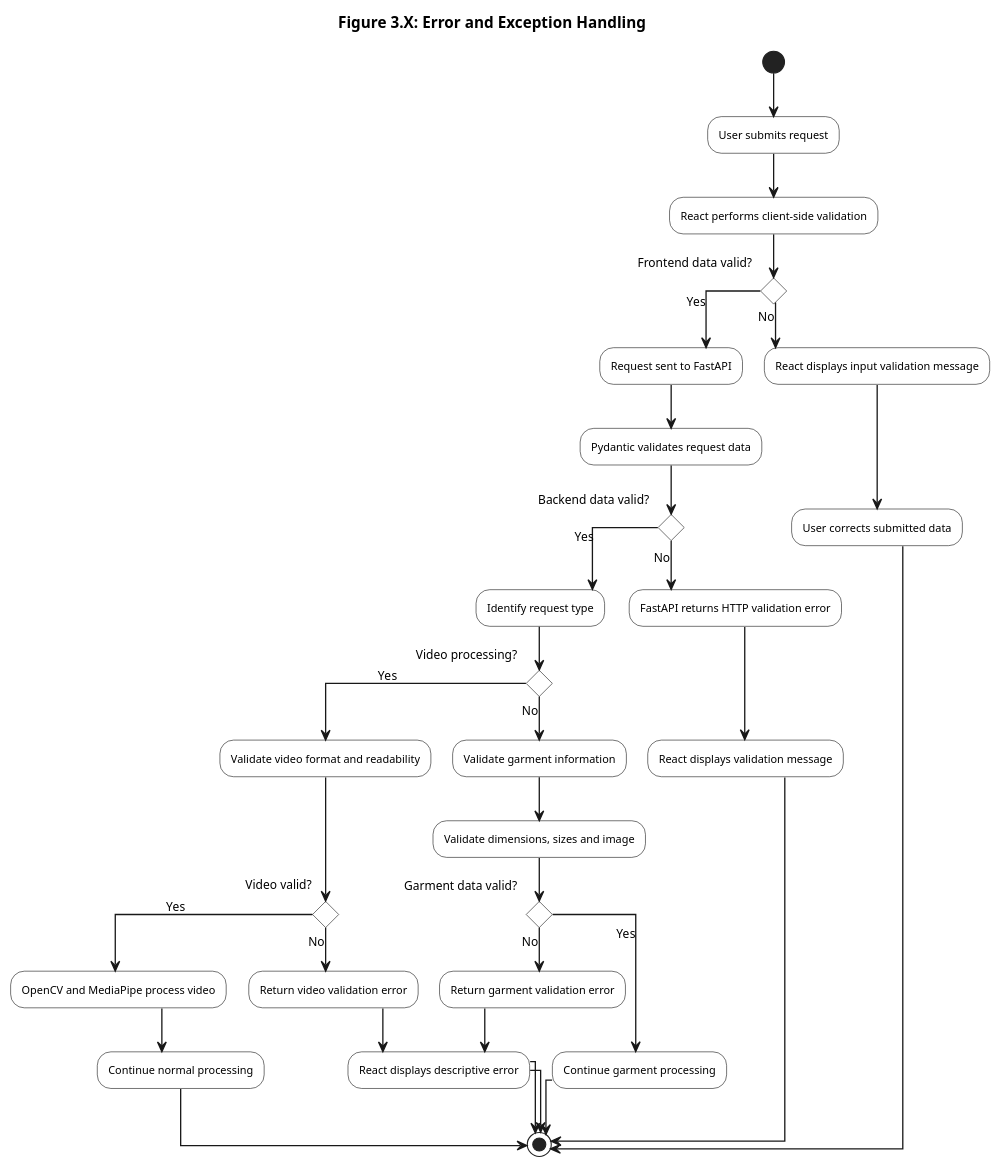
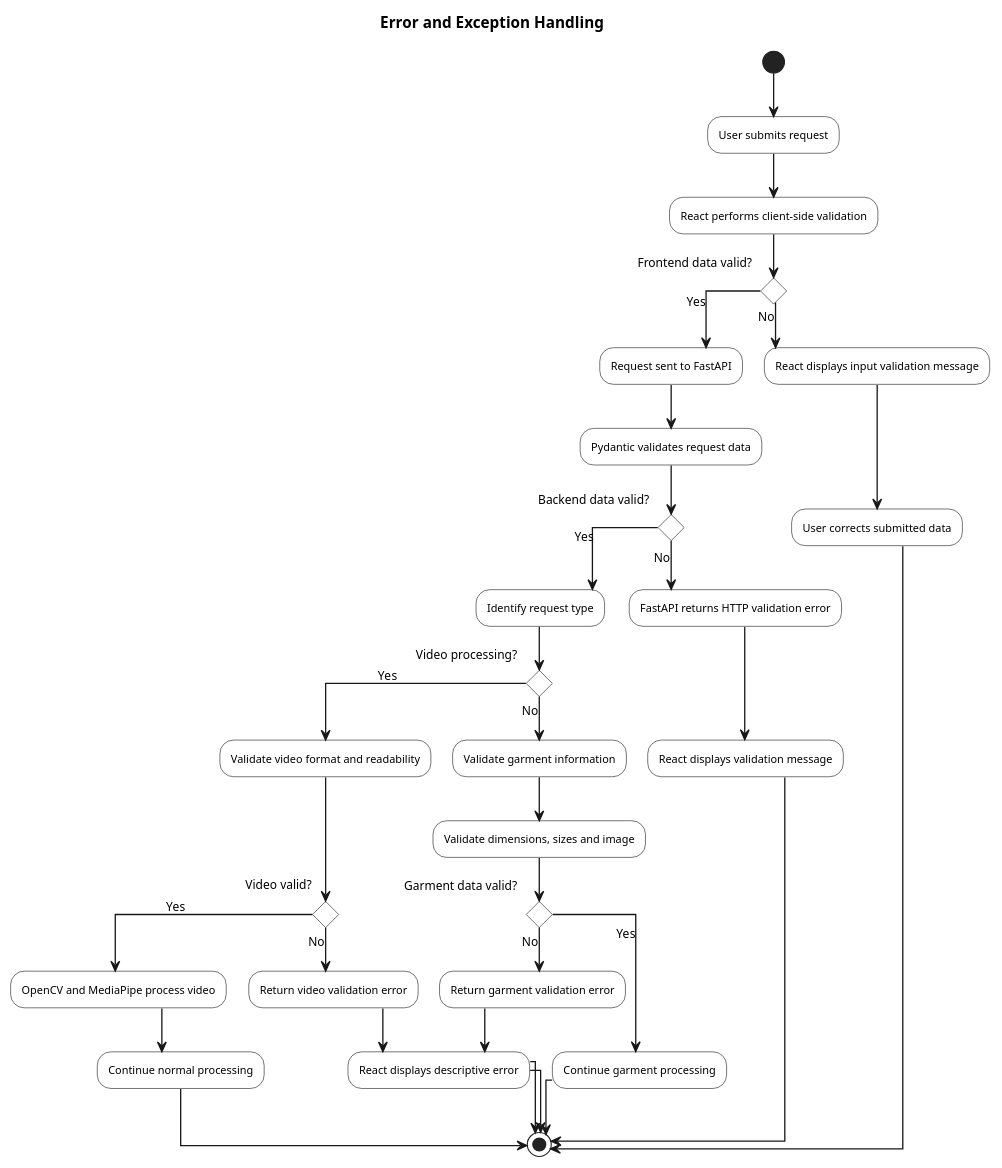
Before and after one commit to chris-macharia/SmartFit: the diagram in docs/uml-diagrams/logical_design/non_functional_requirements_design/error_exception_handling.puml, drawn with PlantUML. The commit also changed 39 other files, not shown here.

```diff
--- a/docs/uml-diagrams/logical_design/non_functional_requirements_design/error_exception_handling.puml
+++ b/docs/uml-diagrams/logical_design/non_functional_requirements_design/error_exception_handling.puml
@@ -1,68 +1,68 @@
 @startuml Error_Exception_Handling
 
-title Figure 3.X: Error and Exception Handling
+title Error and Exception Handling
 
 skinparam shadowing false
 skinparam linetype ortho
 skinparam defaultTextAlignment center
 skinparam ArrowThickness 1.2
 
 skinparam activity {
     BackgroundColor White
     BorderColor Black
     FontColor Black
     FontSize 10
 }
 
 (*) --> "User submits request"
 --> "React performs client-side validation"
 
 if "Frontend data valid?" then
     -->[Yes] "Request sent to FastAPI"
     --> "Pydantic validates request data"
 
     if "Backend data valid?" then
         -->[Yes] "Identify request type"
 
         if "Video processing?" then
             -->[Yes] "Validate video format and readability"
 
             if "Video valid?" then
                 -->[Yes] "OpenCV and MediaPipe process video"
                 --> "Continue normal processing"
                 --> (*)
 
             else
                 -->[No] "Return video validation error"
                 --> "React displays descriptive error"
                 --> (*)
             endif
 
         else
             -->[No] "Validate garment information"
             --> "Validate dimensions, sizes and image"
 
             if "Garment data valid?" then
                 -->[Yes] "Continue garment processing"
                 --> (*)
 
             else
                 -->[No] "Return garment validation error"
                 --> "React displays descriptive error"
                 --> (*)
             endif
         endif
 
     else
         -->[No] "FastAPI returns HTTP validation error"
         --> "React displays validation message"
         --> (*)
     endif
 
 else
     -->[No] "React displays input validation message"
     --> "User corrects submitted data"
     --> (*)
 endif
 
 @enduml
```
